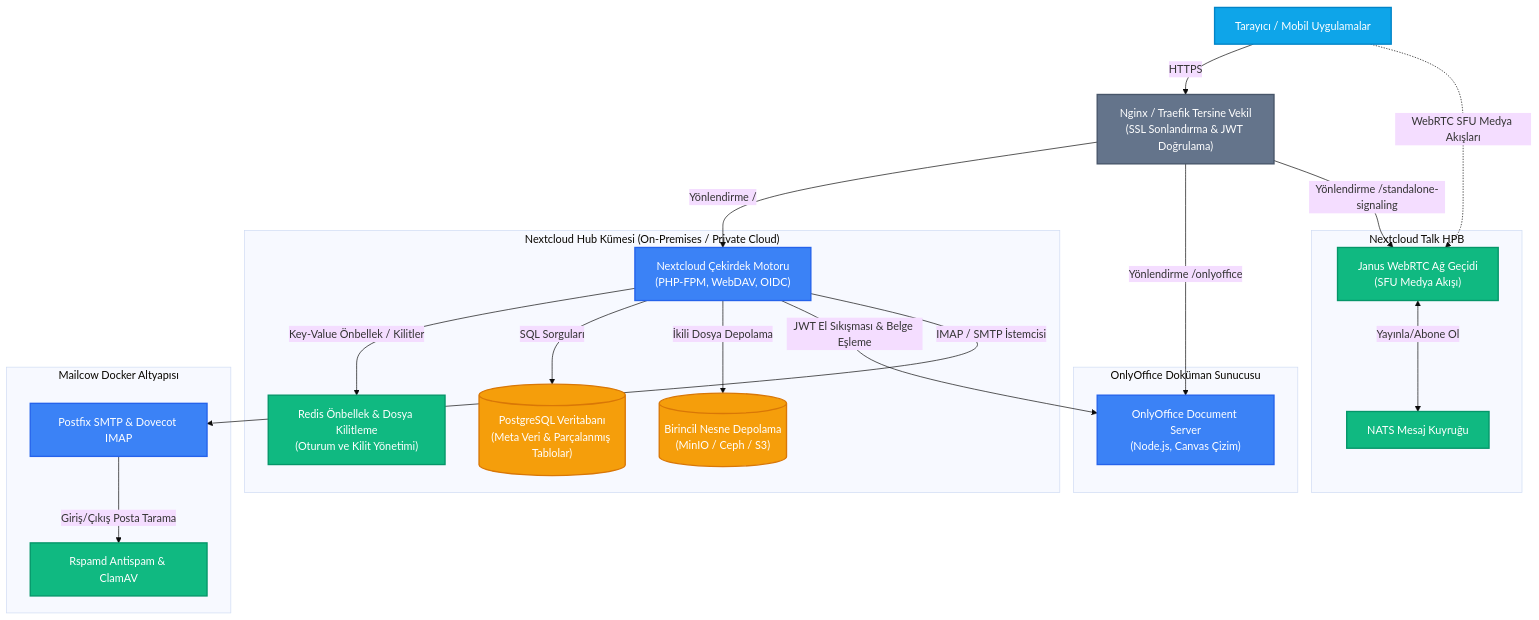
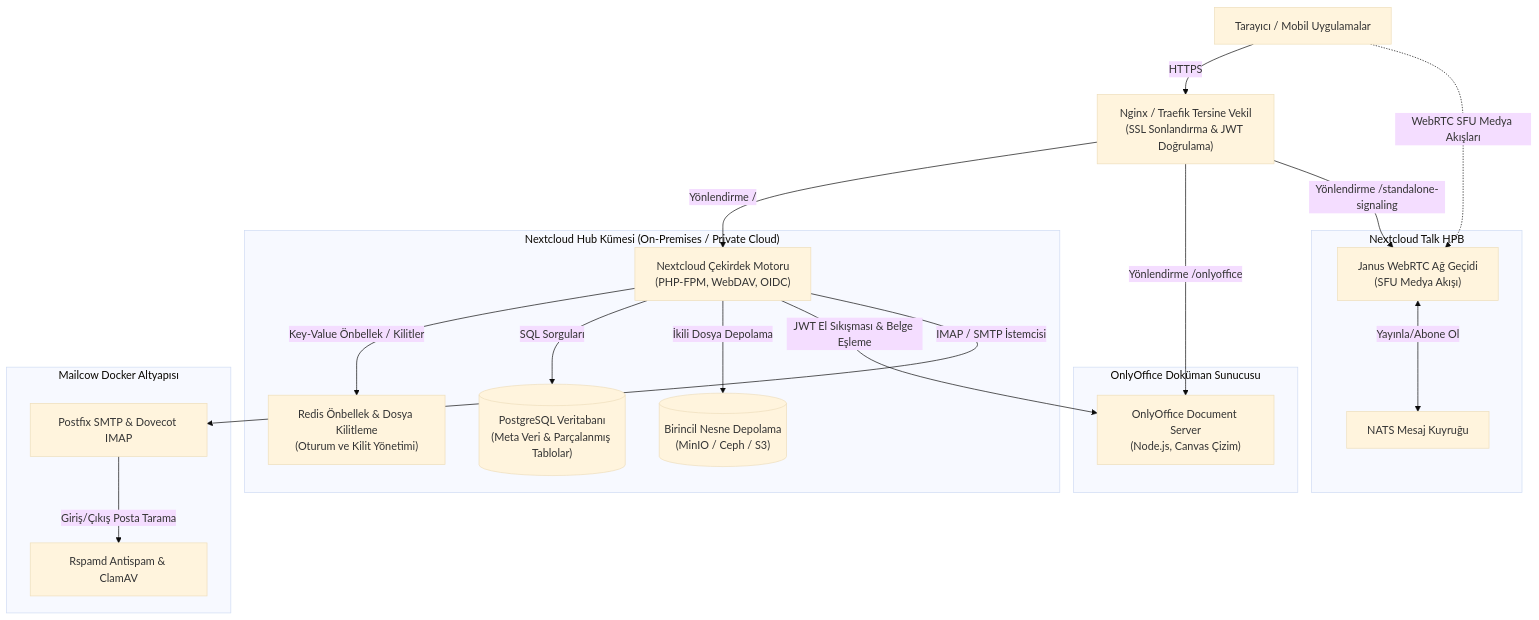
One commit to yusufarbc/yusufarbc changed the second of 2 diagrams in website/content/nextcloud-onlyoffice/tr.md. Above: the diagram before and after it, drawn with Mermaid (base theme). The commit also changed other lines of this file and 24 other files, not shown here.

````diff
--- a/website/content/nextcloud-onlyoffice/tr.md
+++ b/website/content/nextcloud-onlyoffice/tr.md
@@ -107,51 +100,44 @@
 ```mermaid
 graph TD
-    %% Styling
-    classDef client fill:#0ea5e9,stroke:#0284c7,stroke-width:2px,color:#fff;
-    classDef proxy fill:#64748b,stroke:#475569,stroke-width:2px,color:#fff;
-    classDef core fill:#3b82f6,stroke:#2563eb,stroke-width:2px,color:#fff;
-    classDef db fill:#f59e0b,stroke:#d97706,stroke-width:2px,color:#fff;
-    classDef helper fill:#10b981,stroke:#059669,stroke-width:2px,color:#fff;
-
     %% Nodes
-    Client["Tarayıcı / Mobil Uygulamalar"]:::client
-    Proxy["Nginx / Traefik Tersine Vekil<br/>(SSL Sonlandırma & JWT Doğrulama)"]:::proxy
+    Client["Tarayıcı / Mobil Uygulamalar"]
+    Proxy["Nginx / Traefik Tersine Vekil<br/>(SSL Sonlandırma & JWT Doğrulama)"]
     
     subgraph NC_Stack["Nextcloud Hub Kümesi (On-Premises / Private Cloud)"]
-        NC_Core["Nextcloud Çekirdek Motoru<br/>(PHP-FPM, WebDAV, OIDC)"]:::core
-        Redis["Redis Önbellek & Dosya Kilitleme<br/>(Oturum ve Kilit Yönetimi)"]:::helper
-        DB[("PostgreSQL Veritabanı<br/>(Meta Veri & Parçalanmış Tablolar)")]:::db
-        S3_MinIO[("Birincil Nesne Depolama<br/>(MinIO / Ceph / S3)")]:::db
+        NC_Core["Nextcloud Çekirdek Motoru<br/>(PHP-FPM, WebDAV, OIDC)"]
+        Redis["Redis Önbellek & Dosya Kilitleme<br/>(Oturum ve Kilit Yönetimi)"]
+        DB[("PostgreSQL Veritabanı<br/>(Meta Veri & Parçalanmış Tablolar)")]
+        S3_MinIO[("Birincil Nesne Depolama<br/>(MinIO / Ceph / S3)")]
     end
 
     subgraph OO_Stack["OnlyOffice Doküman Sunucusu"]
-        OO_Doc["OnlyOffice Document Server<br/>(Node.js, Canvas Çizim)"]:::core
+        OO_Doc["OnlyOffice Document Server<br/>(Node.js, Canvas Çizim)"]
     end
 
     subgraph Talk_Stack["Nextcloud Talk HPB"]
-        Janus["Janus WebRTC Ağ Geçidi<br/>(SFU Medya Akışı)"]:::helper
-        NATS["NATS Mesaj Kuyruğu"]:::helper
+        Janus["Janus WebRTC Ağ Geçidi<br/>(SFU Medya Akışı)"]
+        NATS["NATS Mesaj Kuyruğu"]
     end
 
     subgraph Mail_Stack["Mailcow Docker Altyapısı"]
-        Postfix["Postfix SMTP & Dovecot IMAP"]:::core
-        Rspamd["Rspamd Antispam & ClamAV"]:::helper
+        Postfix["Postfix SMTP & Dovecot IMAP"]
+        Rspamd["Rspamd Antispam & ClamAV"]
     end
 
     %% Connections
     Client -->|HTTPS| Proxy
     Proxy -->|Yönlendirme /| NC_Core
     Proxy -->|Yönlendirme /onlyoffice| OO_Doc
     Proxy -->|Yönlendirme /standalone-signaling| Janus
     
     NC_Core -->|Key-Value Önbellek / Kilitler| Redis
     NC_Core -->|SQL Sorguları| DB
     NC_Core -->|İkili Dosya Depolama| S3_MinIO
     NC_Core -->|JWT El Sıkışması & Belge Eşleme| OO_Doc
     
     Client -.->|WebRTC SFU Medya Akışları| Janus
     Janus <-->|Yayınla/Abone Ol| NATS
     
     NC_Core -->|IMAP / SMTP İstemcisi| Postfix
     Postfix -->|Giriş/Çıkış Posta Tarama| Rspamd
 ```
````
